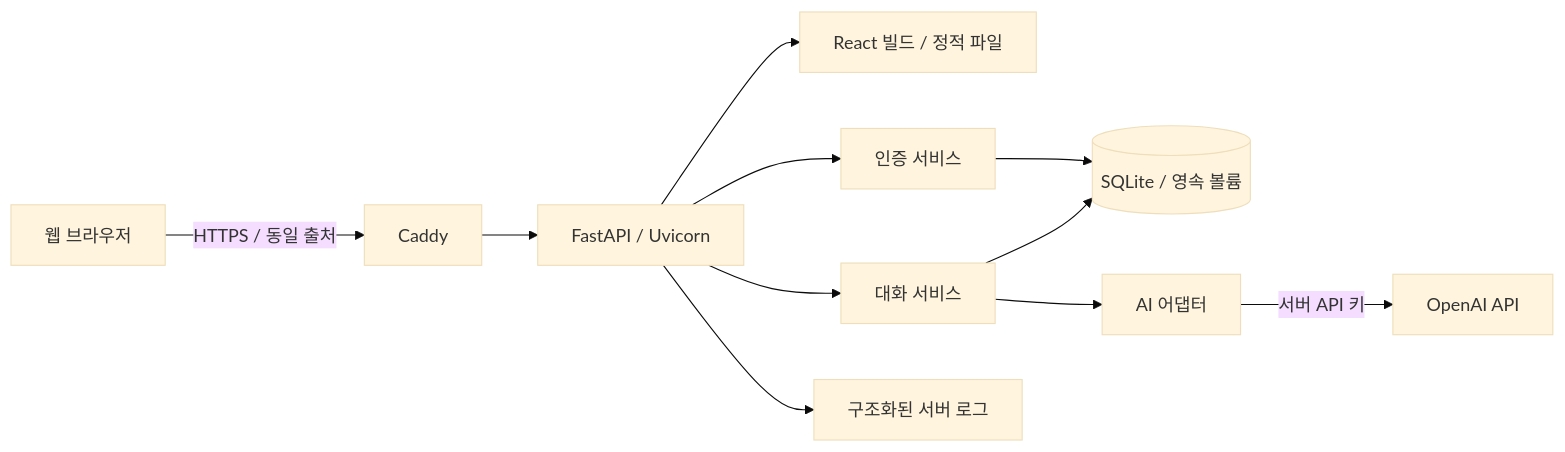
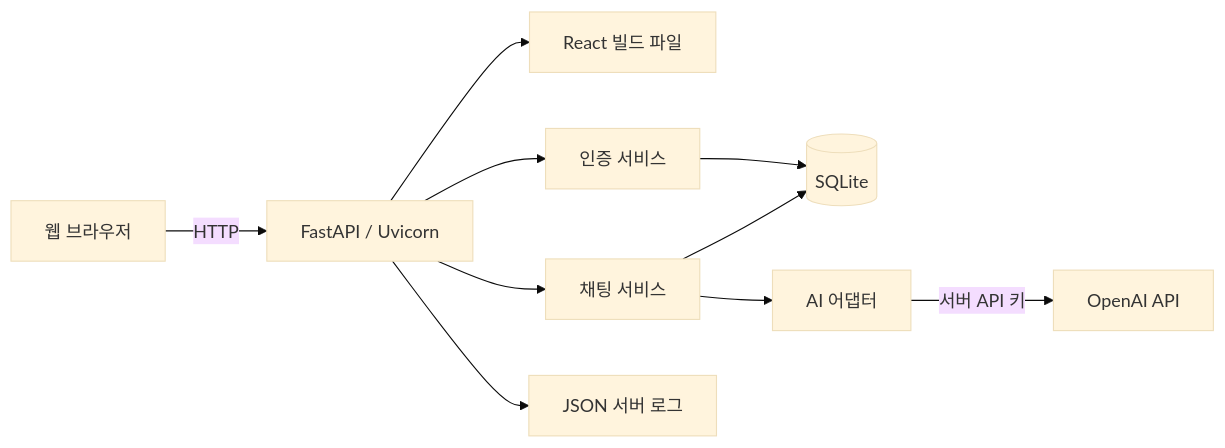
One commit to 1st0Groom/B7-1 changed the first of 3 diagrams in docs/design.md. Above: the diagram before and after it, drawn with Mermaid (base theme). The commit also changed other lines of this file and 80 other files, not shown here.

````diff
--- a/docs/design.md
+++ b/docs/design.md
@@ -52,13 +20,12 @@
 ```mermaid
 flowchart LR
-    U[웹 브라우저] -->|HTTPS / 동일 출처| P[Caddy]
-    P --> W[FastAPI / Uvicorn]
-    W --> V[React 빌드 / 정적 파일]
+    U[웹 브라우저] -->|HTTP| W[FastAPI / Uvicorn]
+    W --> V[React 빌드 파일]
     W --> A[인증 서비스]
-    W --> C[대화 서비스]
-    A --> D[(SQLite / 영속 볼륨)]
+    W --> C[채팅 서비스]
+    A --> D[(SQLite)]
     C --> D
     C --> G[AI 어댑터]
     G -->|서버 API 키| E[OpenAI API]
-    W --> L[구조화된 서버 로그]
+    W --> L[JSON 서버 로그]
 ```
````
